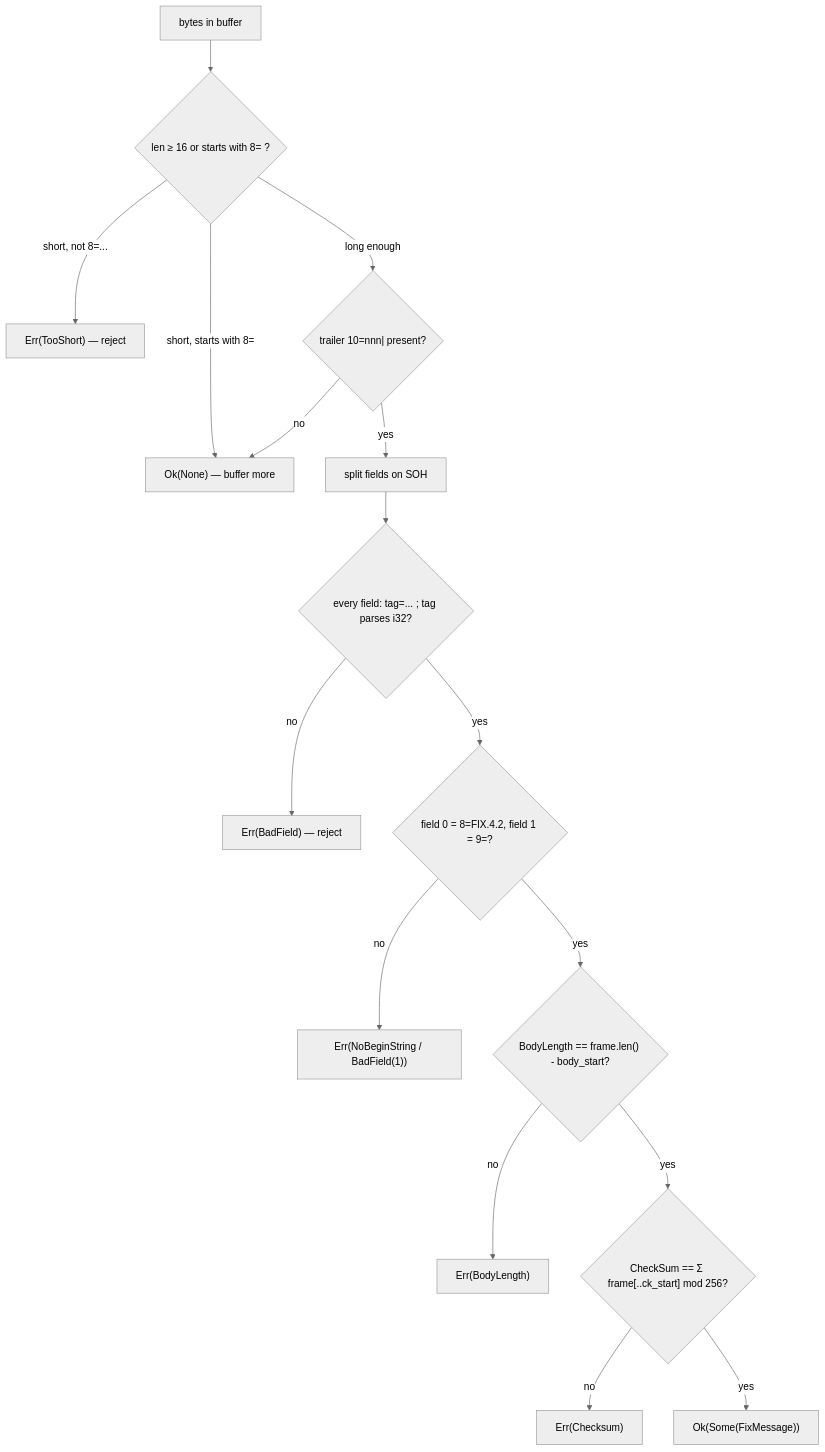
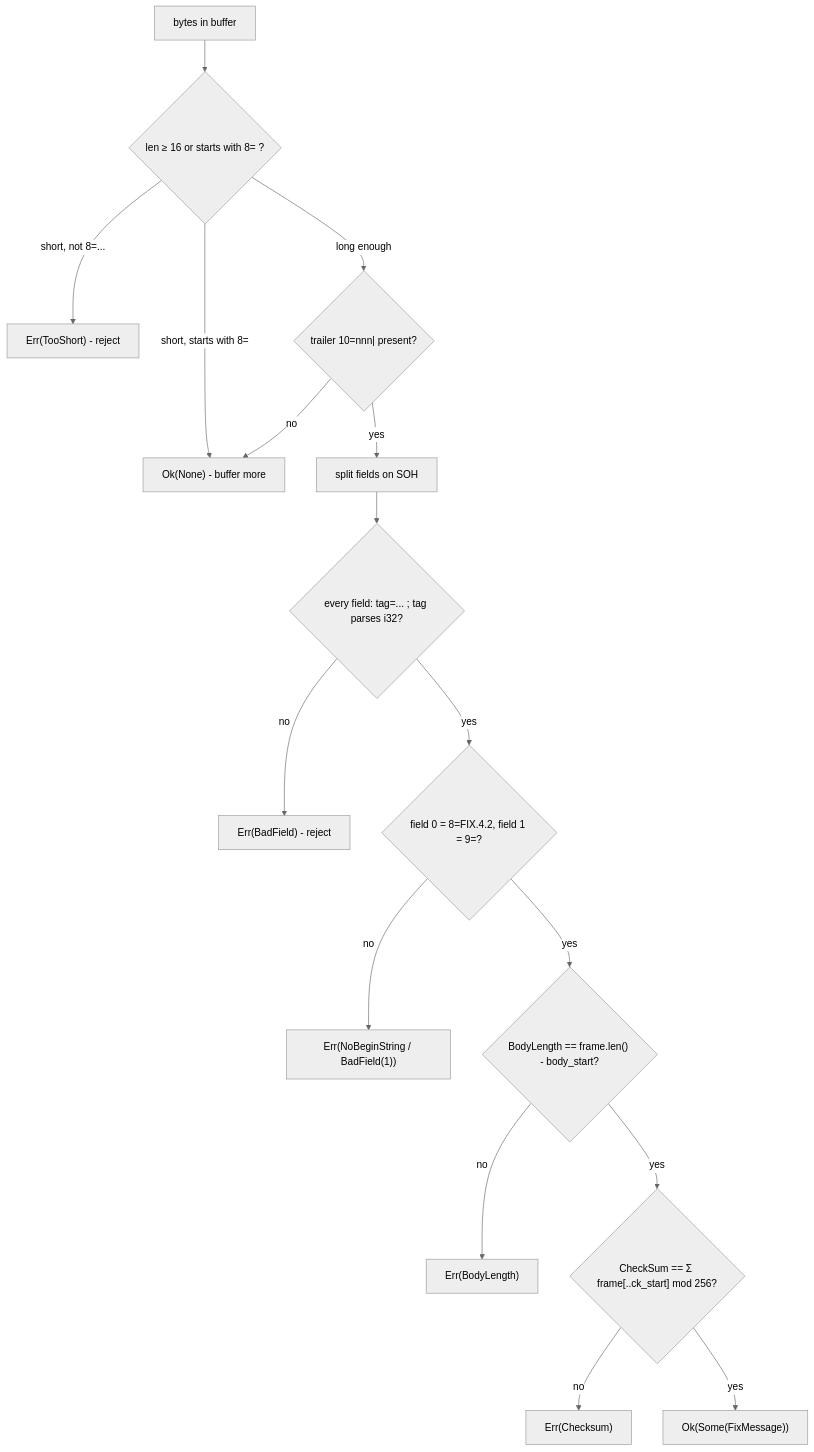
The third of 5 diagrams in crates/fix/DESIGN.md (Exchange8-dev/exchange8-sdk), drawn with Mermaid (neutral theme) before and after one commit. The commit also changed other lines of this file and 60 other files, not shown here.

````diff
--- a/crates/fix/DESIGN.md
+++ b/crates/fix/DESIGN.md
@@ -255,18 +255,18 @@
 ```mermaid
 flowchart TD
     A["bytes in buffer"] --> B{"len ≥ 16 or starts with 8= ?"}
-    B -->|"short, not 8=..."| E1["Err(TooShort) — reject"]
-    B -->|"short, starts with 8="| N1["Ok(None) — buffer more"]
+    B -->|"short, not 8=..."| E1["Err(TooShort) - reject"]
+    B -->|"short, starts with 8="| N1["Ok(None) - buffer more"]
     B -->|"long enough"| C{"trailer 10=nnn| present?"}
     C -->|"no"| N1
     C -->|"yes"| D["split fields on SOH"]
     D --> F{"every field: tag=... ; tag parses i32?"}
-    F -->|"no"| E2["Err(BadField) — reject"]
+    F -->|"no"| E2["Err(BadField) - reject"]
     F -->|"yes"| G{"field 0 = 8=FIX.4.2, field 1 = 9=?"}
     G -->|"no"| E3["Err(NoBeginString / BadField(1))"]
     G -->|"yes"| H{"BodyLength == frame.len() - body_start?"}
     H -->|"no"| E4["Err(BodyLength)"]
     H -->|"yes"| I{"CheckSum == Σ frame[..ck_start] mod 256?"}
     I -->|"no"| E5["Err(Checksum)"]
     I -->|"yes"| P["Ok(Some(FixMessage))"]
 ```
````
